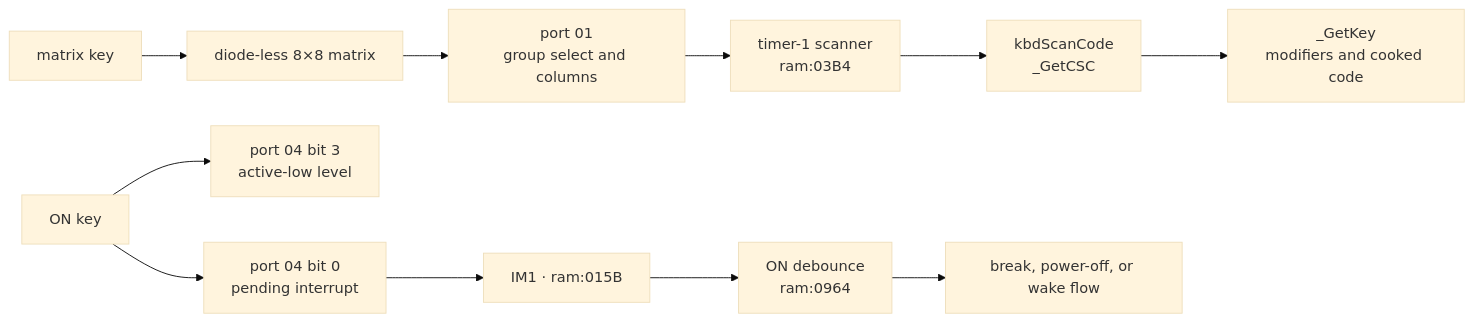
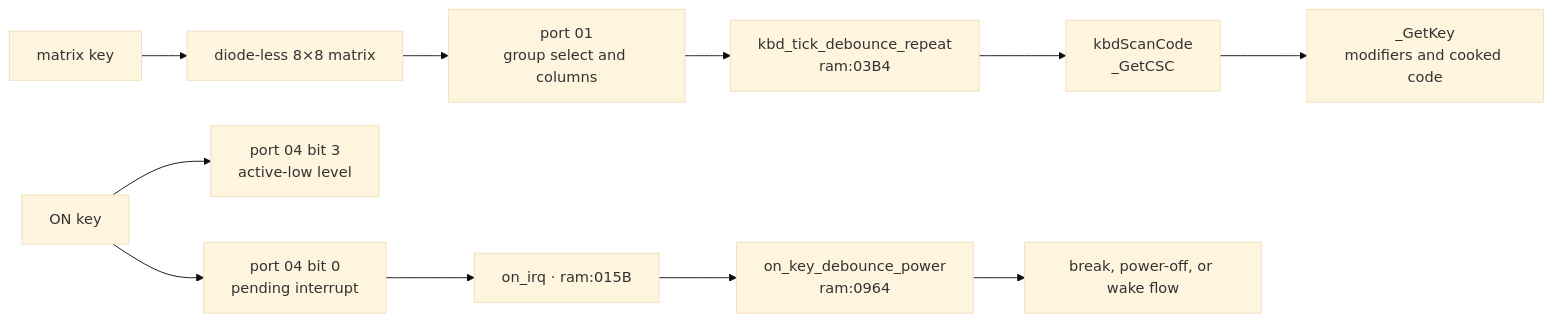
One commit to siraben/ti84p-re changed the first of 2 diagrams in docs/keypad-on-hardware.md. Above: the diagram before and after it, drawn with Mermaid (base theme). The commit also changed other lines of this file and 21 other files, not shown here.

````diff
--- a/docs/keypad-on-hardware.md
+++ b/docs/keypad-on-hardware.md
@@ -24,14 +24,14 @@
 ```mermaid
 flowchart LR
     K["matrix key"] --> M["diode-less 8×8 matrix"]
     M --> P1["port 01<br/>group select and columns"]
-    P1 --> SCAN["timer-1 scanner<br/>ram:03B4"]
+    P1 --> SCAN["kbd_tick_debounce_repeat<br/>ram:03B4"]
     SCAN --> CSC["kbdScanCode<br/>_GetCSC"]
     CSC --> GK["_GetKey<br/>modifiers and cooked code"]
 
     ON["ON key"] --> P4["port 04 bit 3<br/>active-low level"]
     ON --> IRQ["port 04 bit 0<br/>pending interrupt"]
-    IRQ --> ISR["IM1 · ram:015B"]
-    ISR --> DB["ON debounce<br/>ram:0964"]
+    IRQ --> ISR["on_irq · ram:015B"]
+    ISR --> DB["on_key_debounce_power<br/>ram:0964"]
     DB --> RUN["break, power-off, or wake flow"]
 ```
````
